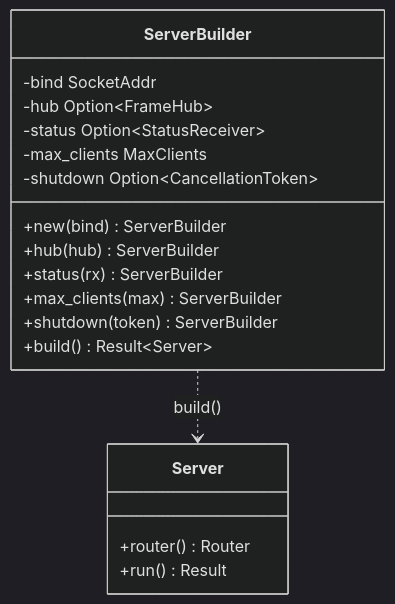
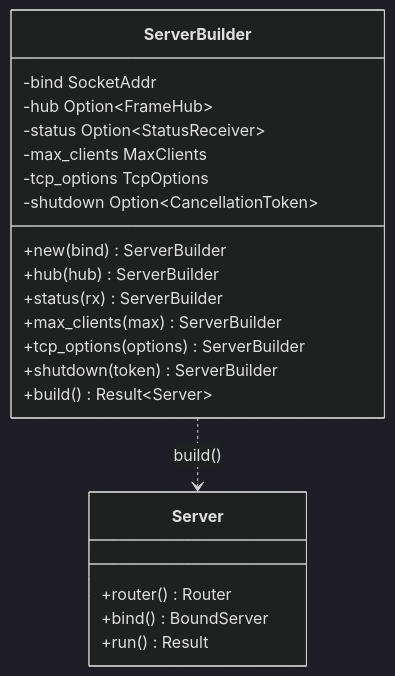
Before and after one commit to jprecigout/camstream: the fifth of 10 diagrams in docs/design-patterns.md, drawn with Mermaid (dark theme). The commit also changed other lines of this file and 54 other files, not shown here.

````diff
--- a/docs/design-patterns.md
+++ b/docs/design-patterns.md
@@ -192,21 +198,24 @@
 ```mermaid
 classDiagram
     class ServerBuilder {
         -bind SocketAddr
         -hub Option~FrameHub~
         -status Option~StatusReceiver~
         -max_clients MaxClients
+        -tcp_options TcpOptions
         -shutdown Option~CancellationToken~
         +new(bind) ServerBuilder
         +hub(hub) ServerBuilder
         +status(rx) ServerBuilder
         +max_clients(max) ServerBuilder
+        +tcp_options(options) ServerBuilder
         +shutdown(token) ServerBuilder
         +build() Result~Server~
     }
     class Server {
         +router() Router
+        +bind() BoundServer
         +run() Result
     }
     ServerBuilder ..> Server : build()
 ```
````
